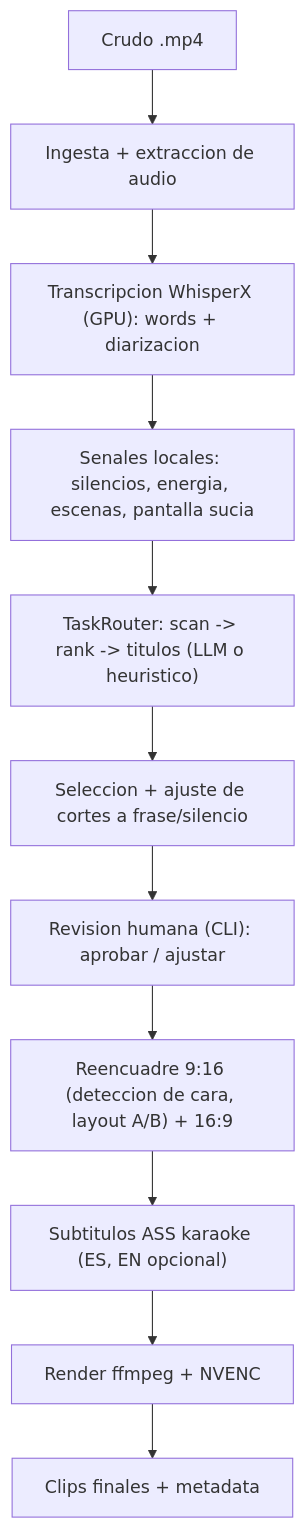
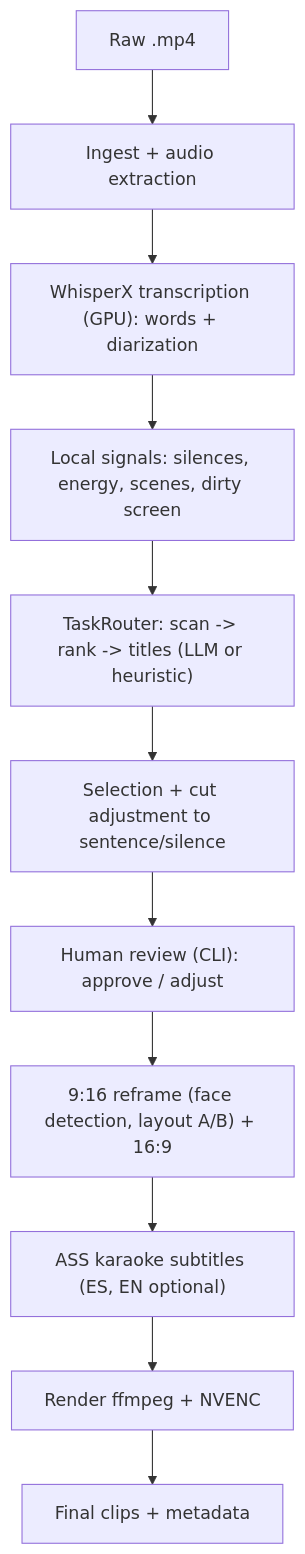
Before and after one commit to Repetto-A/Clippy: the diagram in docs/specs/2026-06-18-video-clipper-design.md, drawn with Mermaid. The commit also changed other lines of this file and 3 other files, not shown here.

````diff
--- a/docs/specs/2026-06-18-video-clipper-design.md
+++ b/docs/specs/2026-06-18-video-clipper-design.md
@@ -73,13 +73,13 @@
 ```mermaid
 flowchart TD
-    A["Crudo .mp4"] --> B["Ingesta + extraccion de audio"]
-    B --> C["Transcripcion WhisperX (GPU): words + diarizacion"]
-    C --> D["Senales locales: silencios, energia, escenas, pantalla sucia"]
-    D --> E["TaskRouter: scan -> rank -> titulos (LLM o heuristico)"]
-    E --> F["Seleccion + ajuste de cortes a frase/silencio"]
-    F --> G["Revision humana (CLI): aprobar / ajustar"]
-    G --> H["Reencuadre 9:16 (deteccion de cara, layout A/B) + 16:9"]
-    H --> I["Subtitulos ASS karaoke (ES, EN opcional)"]
+    A["Raw .mp4"] --> B["Ingest + audio extraction"]
+    B --> C["WhisperX transcription (GPU): words + diarization"]
+    C --> D["Local signals: silences, energy, scenes, dirty screen"]
+    D --> E["TaskRouter: scan -> rank -> titles (LLM or heuristic)"]
+    E --> F["Selection + cut adjustment to sentence/silence"]
+    F --> G["Human review (CLI): approve / adjust"]
+    G --> H["9:16 reframe (face detection, layout A/B) + 16:9"]
+    H --> I["ASS karaoke subtitles (ES, EN optional)"]
     I --> J["Render ffmpeg + NVENC"]
-    J --> K["Clips finales + metadata"]
+    J --> K["Final clips + metadata"]
 ```
````
